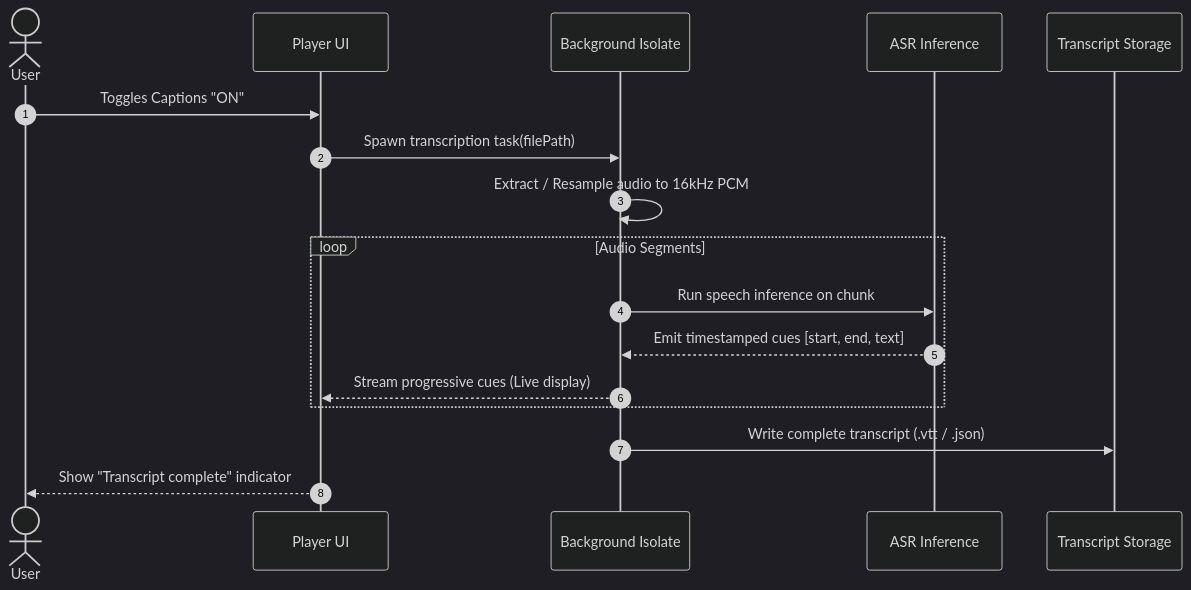
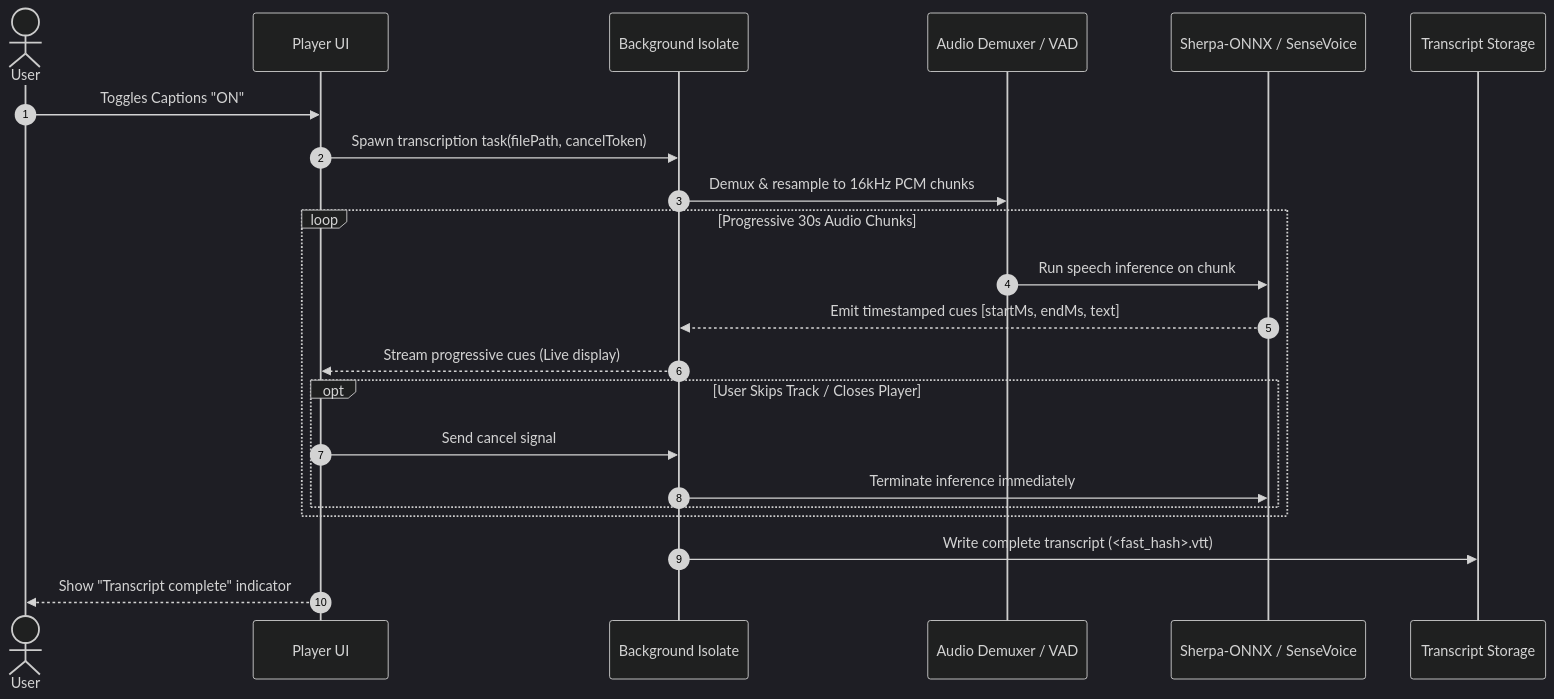
The third of 3 diagrams in docs/Architecture_and_Plan.md (MichaelHGitHub/EasyPlayer), drawn with Mermaid (dark theme) before and after one commit. The commit also changed other lines of this file and 85 other files, not shown here.

````diff
--- a/docs/Architecture_and_Plan.md
+++ b/docs/Architecture_and_Plan.md
@@ -95,20 +240,25 @@
 ```mermaid
 sequenceDiagram
     autonumber
     actor User
     participant UI as Player UI
     participant Worker as Background Isolate
-    participant Engine as ASR Inference
+    participant Demux as Audio Demuxer / VAD
+    participant Engine as Sherpa-ONNX / SenseVoice
     participant Cache as Transcript Storage
 
     User->>UI: Toggles Captions "ON"
-    UI->>Worker: Spawn transcription task(filePath)
-    Worker->>Worker: Extract / Resample audio to 16kHz PCM
-    loop Audio Segments
-        Worker->>Engine: Run speech inference on chunk
-        Engine-->>Worker: Emit timestamped cues [start, end, text]
+    UI->>Worker: Spawn transcription task(filePath, cancelToken)
+    Worker->>Demux: Demux & resample to 16kHz PCM chunks
+    loop Progressive 30s Audio Chunks
+        Demux->>Engine: Run speech inference on chunk
+        Engine-->>Worker: Emit timestamped cues [startMs, endMs, text]
         Worker-->>UI: Stream progressive cues (Live display)
+        opt User Skips Track / Closes Player
+            UI->>Worker: Send cancel signal
+            Worker->>Engine: Terminate inference immediately
+        end
     end
-    Worker->>Cache: Write complete transcript (.vtt / .json)
+    Worker->>Cache: Write complete transcript (<fast_hash>.vtt)
     UI-->>User: Show "Transcript complete" indicator
 ```
````
